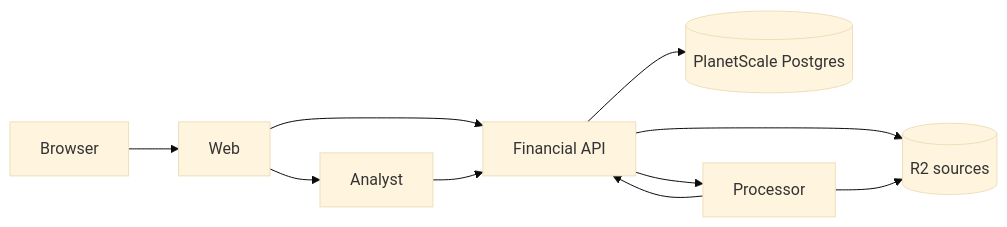
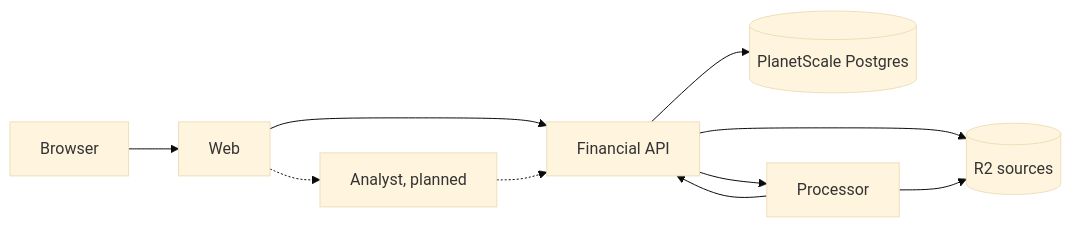
One commit to AdiRishi/ironcage changed the diagram in docs/reference/architecture.mdx. Above: the diagram before and after it, drawn with Mermaid (base theme). The commit also changed other lines of this file and 9 other files, not shown here.

````diff
--- a/docs/reference/architecture.mdx
+++ b/docs/reference/architecture.mdx
@@ -15,12 +15,12 @@
 ```mermaid
 flowchart LR
     Browser --> Web
     Web --> API[Financial API]
-    Web --> Analyst
+    Web -.-> Analyst[Analyst, planned]
     API --> DB[(PlanetScale Postgres)]
     API --> Sources[(R2 sources)]
     API --> Processor
     Processor --> API
     Processor --> Sources
-    Analyst --> API
+    Analyst -.-> API
 ```
````
